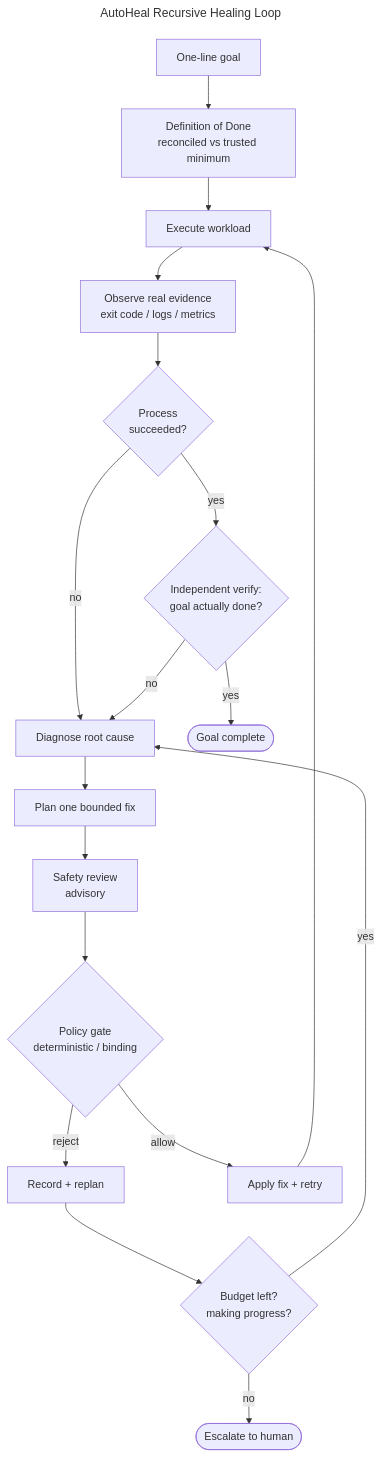
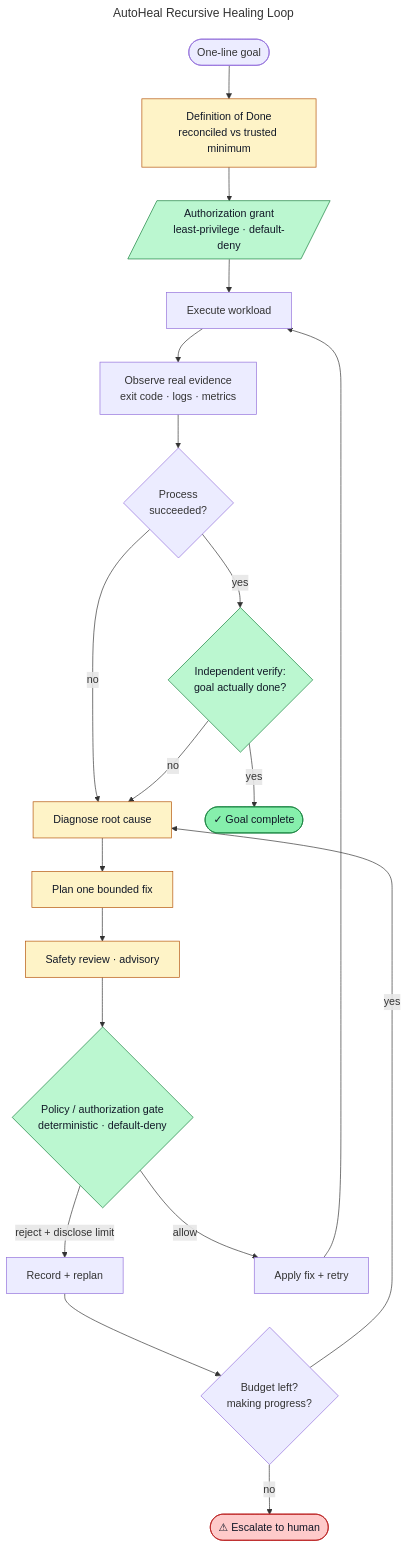
The first of 3 diagrams in docs/architecture.md (aditiverma/autoheal-cruseo), drawn with Mermaid before and after one commit. The commit also changed other lines of this file and 1 other file, not shown here.

Commit message:
Polish diagrams (styling, two workloads, authorization gate); drop License section from README

````diff
--- a/docs/architecture.md
+++ b/docs/architecture.md
@@ -10,23 +10,33 @@
 ```mermaid
 ---
 title: AutoHeal Recursive Healing Loop
 ---
 graph TB
-    Goal[One-line goal] --> DoD[Definition of Done<br/>reconciled vs trusted minimum]
-    DoD --> Exec[Execute workload]
-    Exec --> Ev[Observe real evidence<br/>exit code / logs / metrics]
+    Goal([One-line goal]) --> DoD[Definition of Done<br/>reconciled vs trusted minimum]
+    DoD --> Grant[/Authorization grant<br/>least-privilege · default-deny/]
+    Grant --> Exec[Execute workload]
+    Exec --> Ev[Observe real evidence<br/>exit code · logs · metrics]
     Ev --> Ok{Process<br/>succeeded?}
     Ok -->|no| Diag[Diagnose root cause]
     Ok -->|yes| Verify{Independent verify:<br/>goal actually done?}
-    Verify -->|yes| Done([Goal complete])
+    Verify -->|yes| Done([✓ Goal complete])
     Verify -->|no| Diag
     Diag --> Plan[Plan one bounded fix]
-    Plan --> Safety[Safety review<br/>advisory]
-    Safety --> Policy{Policy gate<br/>deterministic / binding}
-    Policy -->|reject| Replan[Record + replan]
+    Plan --> Safety[Safety review · advisory]
+    Safety --> Policy{Policy / authorization gate<br/>deterministic · default-deny}
+    Policy -->|reject + disclose limit| Replan[Record + replan]
     Replan --> Budget{Budget left?<br/>making progress?}
     Budget -->|yes| Diag
-    Budget -->|no| Esc([Escalate to human])
+    Budget -->|no| Esc([⚠ Escalate to human])
     Policy -->|allow| Apply[Apply fix + retry]
     Apply --> Exec
+
+    classDef agent fill:#fef3c7,stroke:#b45309,color:#111827;
+    classDef gate fill:#bbf7d0,stroke:#15803d,color:#111827;
+    classDef done fill:#86efac,stroke:#15803d,color:#111827;
+    classDef stop fill:#fecaca,stroke:#b91c1c,color:#111827;
+    class DoD,Diag,Plan,Safety agent;
+    class Grant,Verify,Policy gate;
+    class Done done;
+    class Esc stop;
 ```
````
